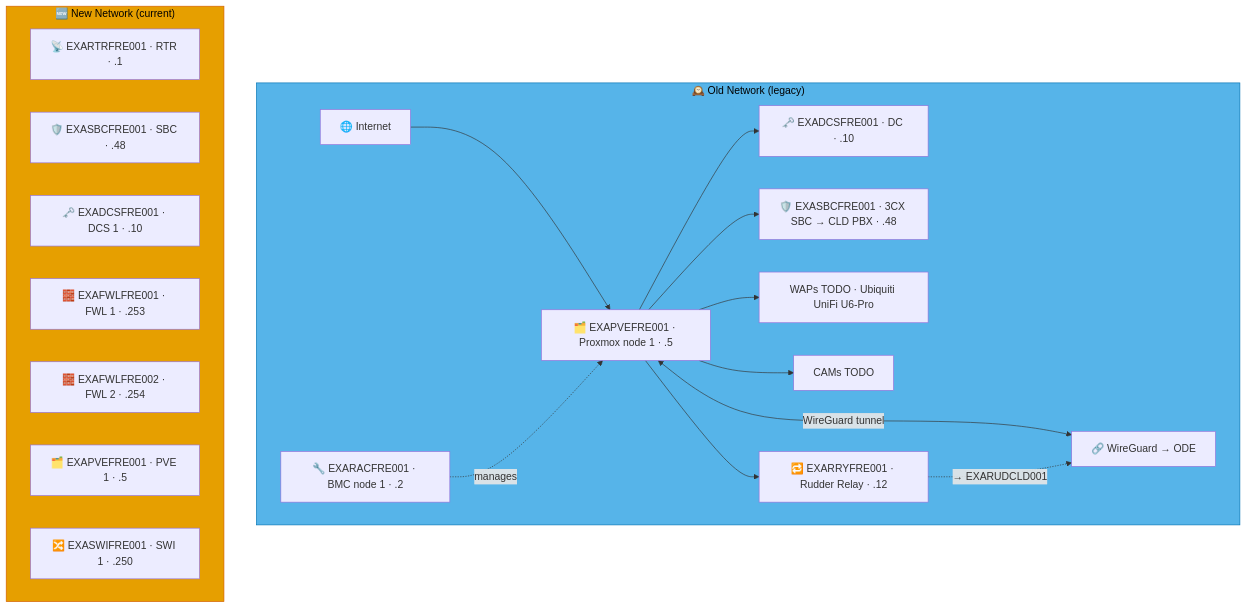
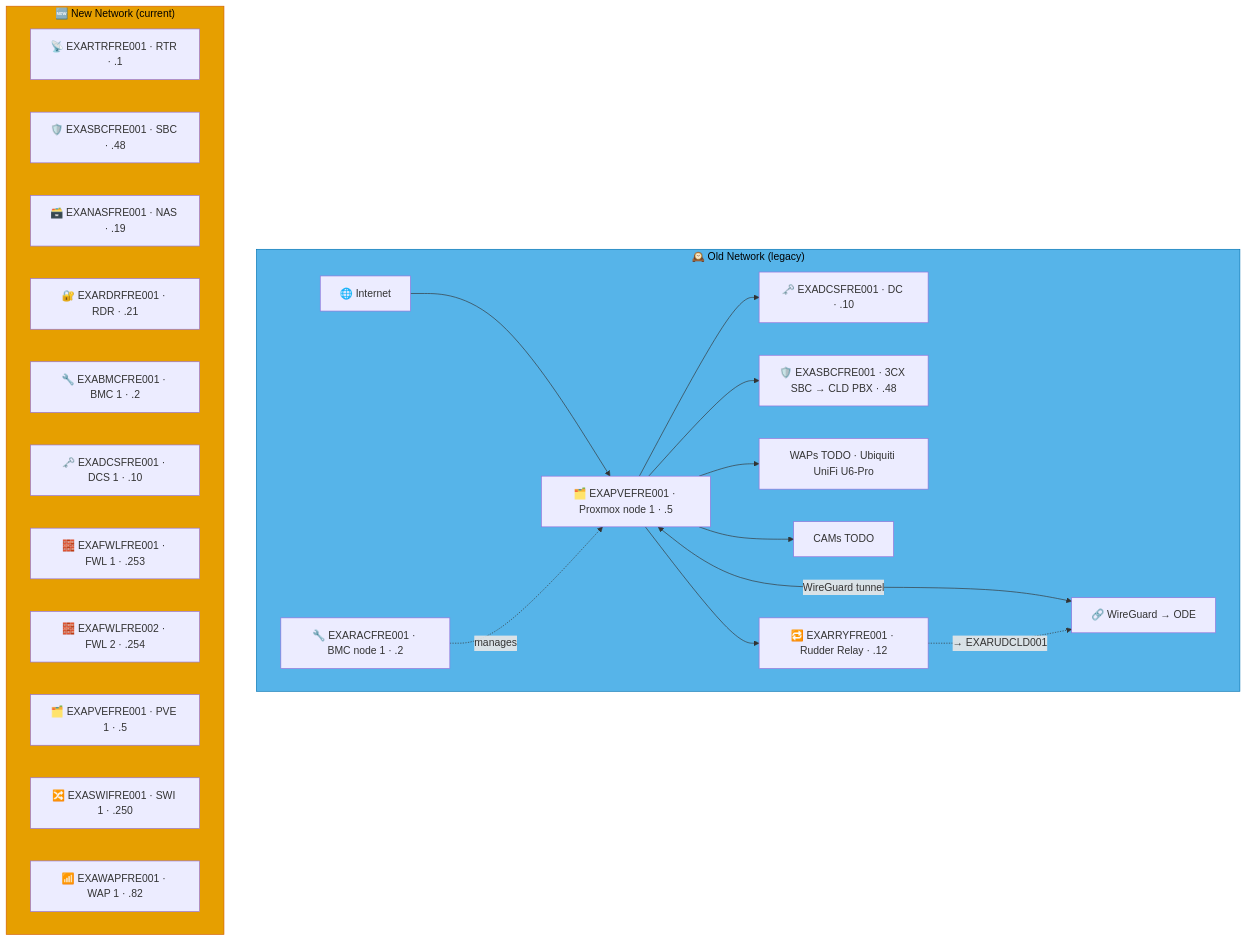
Before and after one commit to knightmare2600/example_music_infra: the seventh of 9 diagrams in docs/network-diagram/danmark.md, drawn with Mermaid. The commit also changed other lines of this file and 15 other files, not shown here.

````diff
--- a/docs/network-diagram/danmark.md
+++ b/docs/network-diagram/danmark.md
@@ -319,35 +343,39 @@
 ```mermaid
 graph TD
     subgraph OLD_FRE ["🕰️ Old Network (legacy)"]
       INET["🌐 Internet"]
       RAC["🔧 EXARACFRE001 · BMC node 1 · .2"]
       PVE["🗂️ EXAPVEFRE001 · Proxmox node 1 · .5"]
       DC["🗝️ EXADCSFRE001 · DC · .10"]
       SBC["🛡️ EXASBCFRE001 · 3CX SBC → CLD PBX · .48"]
       RRY["🔁 EXARRYFRE001 · Rudder Relay · .12"]
       WAP["WAPs TODO · Ubiquiti UniFi U6-Pro"]
       CAM["CAMs TODO"]
       VPN["🔗 WireGuard → ODE"]
 
       INET --> PVE --> DC & SBC
       RAC -.->|"manages"| PVE
       PVE --> WAP & CAM
       PVE <-->|"WireGuard tunnel"| VPN
 
       PVE --> RRY
       RRY -. "→ EXARUDCLD001" .-> VPN
     end
     style OLD_FRE fill:#56B4E9,stroke:#0072B2,color:#000000
     %% GENERATED:NEW-NETWORK:FRE:START
     subgraph NEW_FRE ["🆕 New Network (current)"]
       N_RTR["📡 EXARTRFRE001 · RTR · .1"]
       N_SBC["🛡️ EXASBCFRE001 · SBC · .48"]
+      N_NAS["🗃️ EXANASFRE001 · NAS · .19"]
+      N_RDR["🔐 EXARDRFRE001 · RDR · .21"]
+      N_BMC["🔧 EXABMCFRE001 · BMC 1 · .2"]
       N_DCS["🗝️ EXADCSFRE001 · DCS 1 · .10"]
       N_FWL["🧱 EXAFWLFRE001 · FWL 1 · .253"]
       N_FWL2["🧱 EXAFWLFRE002 · FWL 2 · .254"]
       N_PVE["🗂️ EXAPVEFRE001 · PVE 1 · .5"]
       N_SWI["🔀 EXASWIFRE001 · SWI 1 · .250"]
+      N_WAP["📶 EXAWAPFRE001 · WAP 1 · .82"]
     end
     style NEW_FRE fill:#E69F00,stroke:#D55E00,color:#000000
     %% GENERATED:NEW-NETWORK:FRE:END
 ```
````
